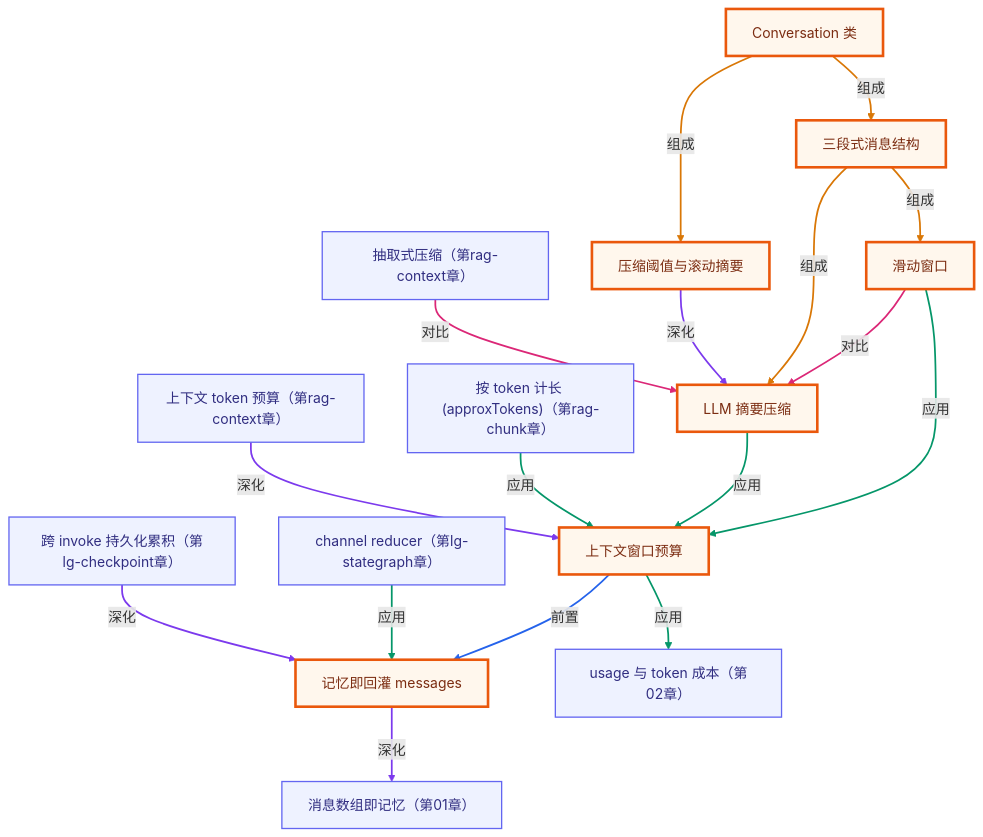
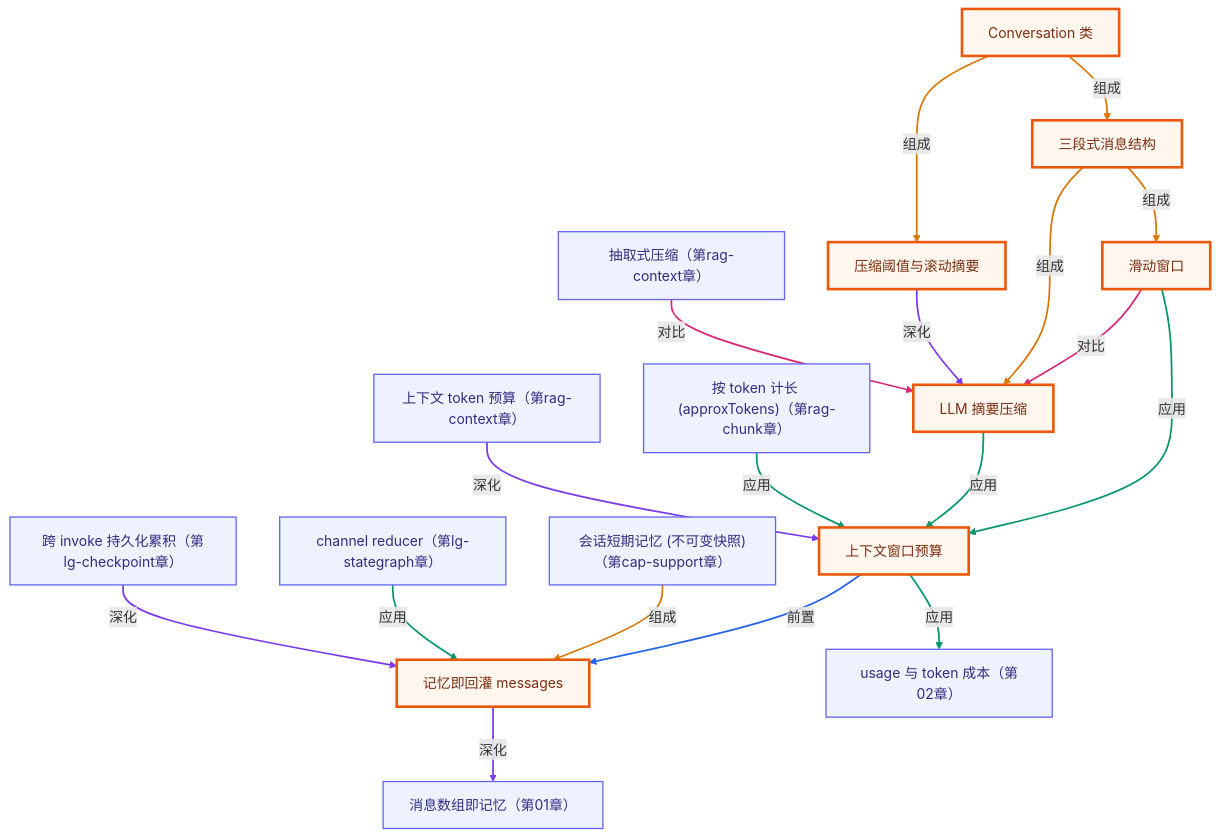
The second of 2 diagrams in lessons/07-short-term-memory/README.md (songuu/agent), drawn with Mermaid before and after one commit. The commit also changed other lines of this file and 46 other files, not shown here.

````diff
--- a/lessons/07-short-term-memory/README.md
+++ b/lessons/07-short-term-memory/README.md
@@ -239,53 +239,56 @@
 ```mermaid
 graph TB
   classDef own fill:#fff7ed,stroke:#ea580c,stroke-width:3px,color:#7c2d12;
   classDef cross fill:#eef2ff,stroke:#6366f1,stroke-width:1.5px,color:#312e81;
   n_c07_conversation_as_array["记忆即回灌 messages"]
   n_c07_context_window_budget["上下文窗口预算"]
   n_c07_sliding_window["滑动窗口"]
   n_c07_llm_summary_compression["LLM 摘要压缩"]
   n_c07_message_layout["三段式消息结构"]
   n_c07_summarize_threshold["压缩阈值与滚动摘要"]
   n_c07_conversation_class["Conversation 类"]
   n_c01_message_memory["消息数组即记忆（第01章）"]
   n_c02_usage_token["usage 与 token 成本（第02章）"]
+  n_csup_memory["会话短期记忆 (不可变快照)（第cap-support章）"]
   n_cragchunk_token_budget["按 token 计长 (approxTokens)（第rag-chunk章）"]
   n_cragctx_context_budget["上下文 token 预算（第rag-context章）"]
   n_cragctx_compression["抽取式压缩（第rag-context章）"]
   n_lgsg_reducer["channel reducer（第lg-stategraph章）"]
   n_lgcp_persist_accumulate["跨 invoke 持久化累积（第lg-checkpoint章）"]
   n_c07_context_window_budget -->|前置| n_c07_conversation_as_array
   n_c07_sliding_window -->|应用| n_c07_context_window_budget
   n_c07_llm_summary_compression -->|应用| n_c07_context_window_budget
   n_c07_sliding_window -->|对比| n_c07_llm_summary_compression
   n_c07_message_layout -->|组成| n_c07_sliding_window
   n_c07_message_layout -->|组成| n_c07_llm_summary_compression
   n_c07_summarize_threshold -->|深化| n_c07_llm_summary_compression
   n_c07_conversation_class -->|组成| n_c07_message_layout
   n_c07_conversation_class -->|组成| n_c07_summarize_threshold
   n_c07_conversation_as_array -->|深化| n_c01_message_memory
   n_c07_context_window_budget -->|应用| n_c02_usage_token
+  n_csup_memory -->|组成| n_c07_conversation_as_array
   n_cragchunk_token_budget -->|应用| n_c07_context_window_budget
   n_cragctx_context_budget -->|深化| n_c07_context_window_budget
   n_cragctx_compression -->|对比| n_c07_llm_summary_compression
   n_lgsg_reducer -->|应用| n_c07_conversation_as_array
   n_lgcp_persist_accumulate -->|深化| n_c07_conversation_as_array
   class n_c07_conversation_as_array,n_c07_context_window_budget,n_c07_sliding_window,n_c07_llm_summary_compression,n_c07_message_layout,n_c07_summarize_threshold,n_c07_conversation_class own;
-  class n_c01_message_memory,n_c02_usage_token,n_cragchunk_token_budget,n_cragctx_context_budget,n_cragctx_compression,n_lgsg_reducer,n_lgcp_persist_accumulate cross;
+  class n_c01_message_memory,n_c02_usage_token,n_csup_memory,n_cragchunk_token_budget,n_cragctx_context_budget,n_cragctx_compression,n_lgsg_reducer,n_lgcp_persist_accumulate cross;
   linkStyle 0 stroke:#2563eb,stroke-width:2px;
   linkStyle 1 stroke:#059669,stroke-width:2px;
   linkStyle 2 stroke:#059669,stroke-width:2px;
   linkStyle 3 stroke:#db2777,stroke-width:2px;
   linkStyle 4 stroke:#d97706,stroke-width:2px;
   linkStyle 5 stroke:#d97706,stroke-width:2px;
   linkStyle 6 stroke:#7c3aed,stroke-width:2px;
   linkStyle 7 stroke:#d97706,stroke-width:2px;
   linkStyle 8 stroke:#d97706,stroke-width:2px;
   linkStyle 9 stroke:#7c3aed,stroke-width:2px;
   linkStyle 10 stroke:#059669,stroke-width:2px;
-  linkStyle 11 stroke:#059669,stroke-width:2px;
-  linkStyle 12 stroke:#7c3aed,stroke-width:2px;
-  linkStyle 13 stroke:#db2777,stroke-width:2px;
-  linkStyle 14 stroke:#059669,stroke-width:2px;
-  linkStyle 15 stroke:#7c3aed,stroke-width:2px;
+  linkStyle 11 stroke:#d97706,stroke-width:2px;
+  linkStyle 12 stroke:#059669,stroke-width:2px;
+  linkStyle 13 stroke:#7c3aed,stroke-width:2px;
+  linkStyle 14 stroke:#db2777,stroke-width:2px;
+  linkStyle 15 stroke:#059669,stroke-width:2px;
+  linkStyle 16 stroke:#7c3aed,stroke-width:2px;
 ```
````
